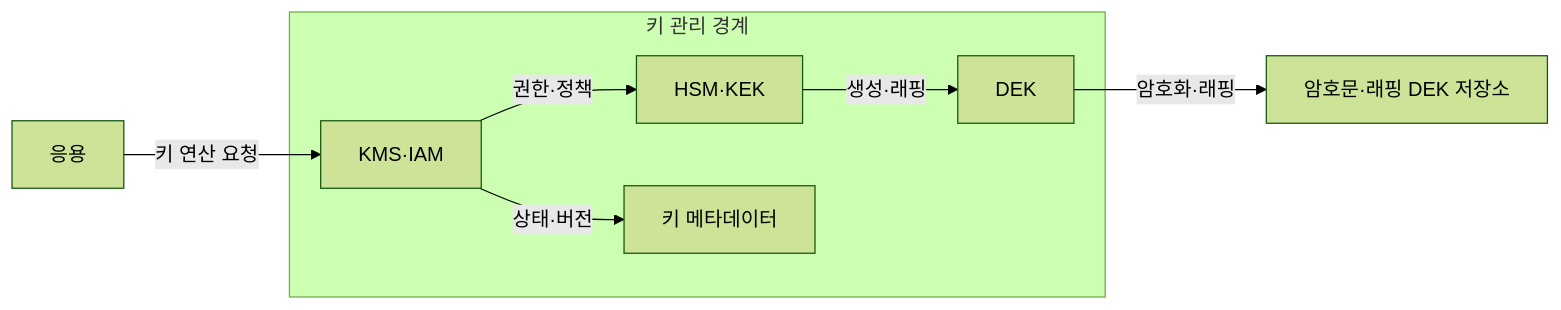
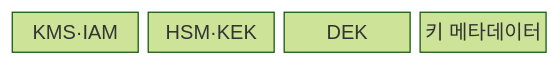
One commit to agnusdei1207/knowledge-base changed the first of 2 diagrams in src/content/docs/notes/05-security/020_key_management_hsm_kms.md. Above: the diagram before and after it, drawn with Mermaid (forest theme). The commit also changed other lines of this file and 22 other files, not shown here.

````diff
--- a/src/content/docs/notes/05-security/020_key_management_hsm_kms.md
+++ b/src/content/docs/notes/05-security/020_key_management_hsm_kms.md
@@ -62,16 +63,8 @@
 ```mermaid
-flowchart LR
-    A["응용"]
-    S["암호문·래핑 DEK 저장소"]
-    subgraph K["키 관리 경계"]
-        M["KMS·IAM"]
-        H["HSM·KEK"]
-        D["DEK"]
-        E["키 메타데이터"]
-        M -->|"권한·정책"| H
-        H -->|"생성·래핑"| D
-        M -->|"상태·버전"| E
-    end
-    A -->|"키 연산 요청"| M
-    D -->|"암호화·래핑"| S
+block-beta
+    columns 4
+    M["KMS·IAM"]
+    H["HSM·KEK"]
+    D["DEK"]
+    E["키 메타데이터"]
 ```
````
